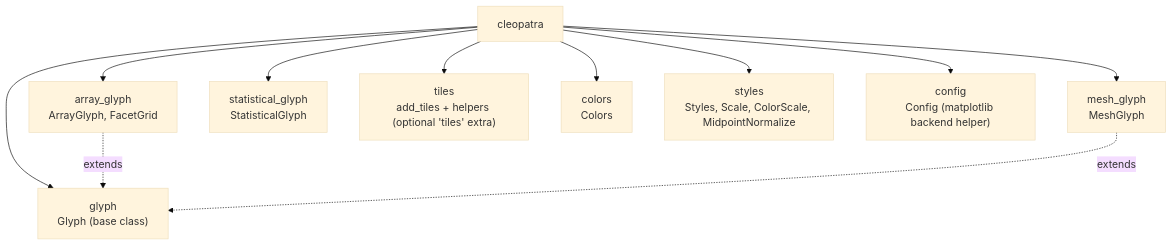
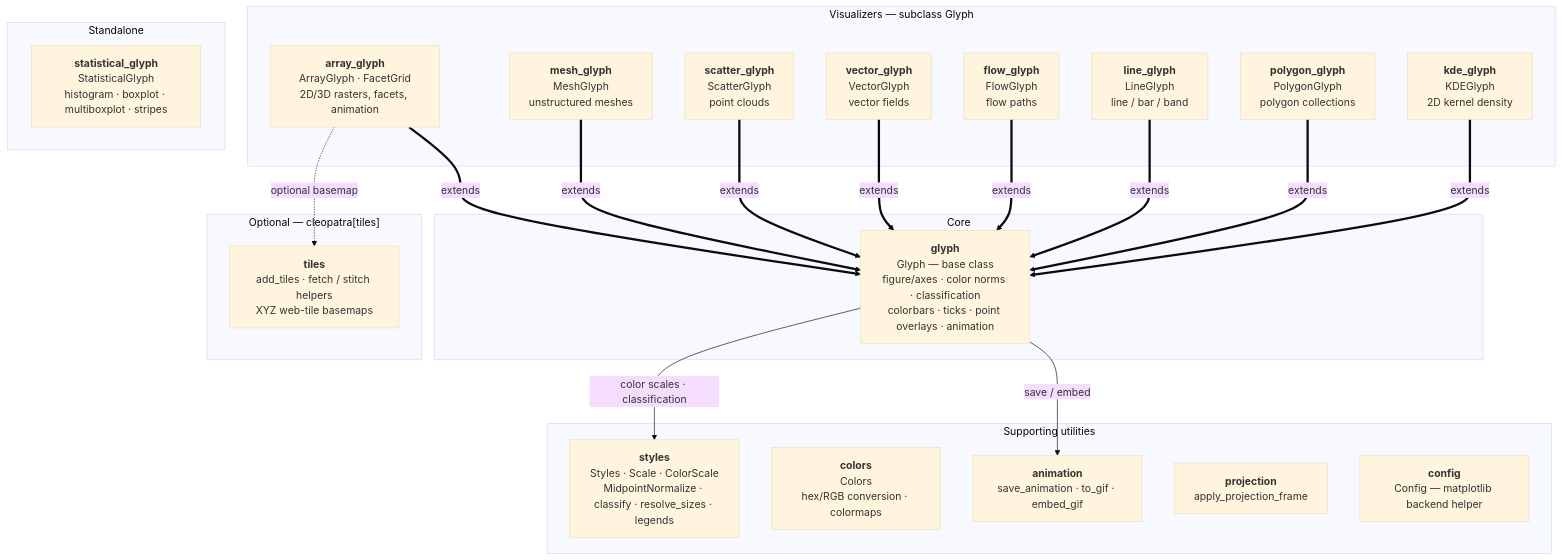
The diagram in README.md (serapeum-org/cleopatra), drawn with Mermaid (base theme) before and after one commit. The commit also changed other lines of this file and 22 other files, not shown here.

````diff
--- a/README.md
+++ b/README.md
@@ -20,16 +22,38 @@
 ```mermaid
 graph TD
-    cleopatra["cleopatra"]
+    subgraph core["Core"]
+        glyph["<b>glyph</b><br/>Glyph — base class<br/>figure/axes · color norms · classification<br/>colorbars · ticks · point overlays · animation"]
+    end
 
-    cleopatra --> glyph["glyph<br/>Glyph (base class)"]
-    cleopatra --> array_glyph["array_glyph<br/>ArrayGlyph, FacetGrid"]
-    cleopatra --> mesh_glyph["mesh_glyph<br/>MeshGlyph"]
-    cleopatra --> statistical_glyph["statistical_glyph<br/>StatisticalGlyph"]
-    cleopatra --> tiles["tiles<br/>add_tiles + helpers (optional 'tiles' extra)"]
-    cleopatra --> colors["colors<br/>Colors"]
-    cleopatra --> styles["styles<br/>Styles, Scale, ColorScale, MidpointNormalize"]
-    cleopatra --> config["config<br/>Config (matplotlib backend helper)"]
+    subgraph visualizers["Visualizers — subclass Glyph"]
+        array_glyph["<b>array_glyph</b><br/>ArrayGlyph · FacetGrid<br/>2D/3D rasters, facets, animation"]
+        mesh_glyph["<b>mesh_glyph</b><br/>MeshGlyph<br/>unstructured meshes"]
+        scatter_glyph["<b>scatter_glyph</b><br/>ScatterGlyph<br/>point clouds"]
+        vector_glyph["<b>vector_glyph</b><br/>VectorGlyph<br/>vector fields"]
+        flow_glyph["<b>flow_glyph</b><br/>FlowGlyph<br/>flow paths"]
+        line_glyph["<b>line_glyph</b><br/>LineGlyph<br/>line / bar / band"]
+        polygon_glyph["<b>polygon_glyph</b><br/>PolygonGlyph<br/>polygon collections"]
+        kde_glyph["<b>kde_glyph</b><br/>KDEGlyph<br/>2D kernel density"]
+    end
 
-    array_glyph -. extends .-> glyph
-    mesh_glyph -. extends .-> glyph
+    subgraph standalone["Standalone"]
+        statistical_glyph["<b>statistical_glyph</b><br/>StatisticalGlyph<br/>histogram · boxplot · multiboxplot · stripes"]
+    end
+
+    subgraph support["Supporting utilities"]
+        styles["<b>styles</b><br/>Styles · Scale · ColorScale<br/>MidpointNormalize · classify · resolve_sizes · legends"]
+        colors["<b>colors</b><br/>Colors<br/>hex/RGB conversion · colormaps"]
+        animation["<b>animation</b><br/>save_animation · to_gif · embed_gif"]
+        projection["<b>projection</b><br/>apply_projection_frame"]
+        config["<b>config</b><br/>Config — matplotlib backend helper"]
+    end
+
+    subgraph optional["Optional — cleopatra[tiles]"]
+        tiles["<b>tiles</b><br/>add_tiles · fetch / stitch helpers<br/>XYZ web-tile basemaps"]
+    end
+
+    array_glyph & mesh_glyph & scatter_glyph & vector_glyph & flow_glyph & line_glyph & polygon_glyph & kde_glyph ==>|extends| glyph
+    glyph -->|color scales · classification| styles
+    glyph -->|save / embed| animation
+    array_glyph -.->|optional basemap| tiles
 ```
````
